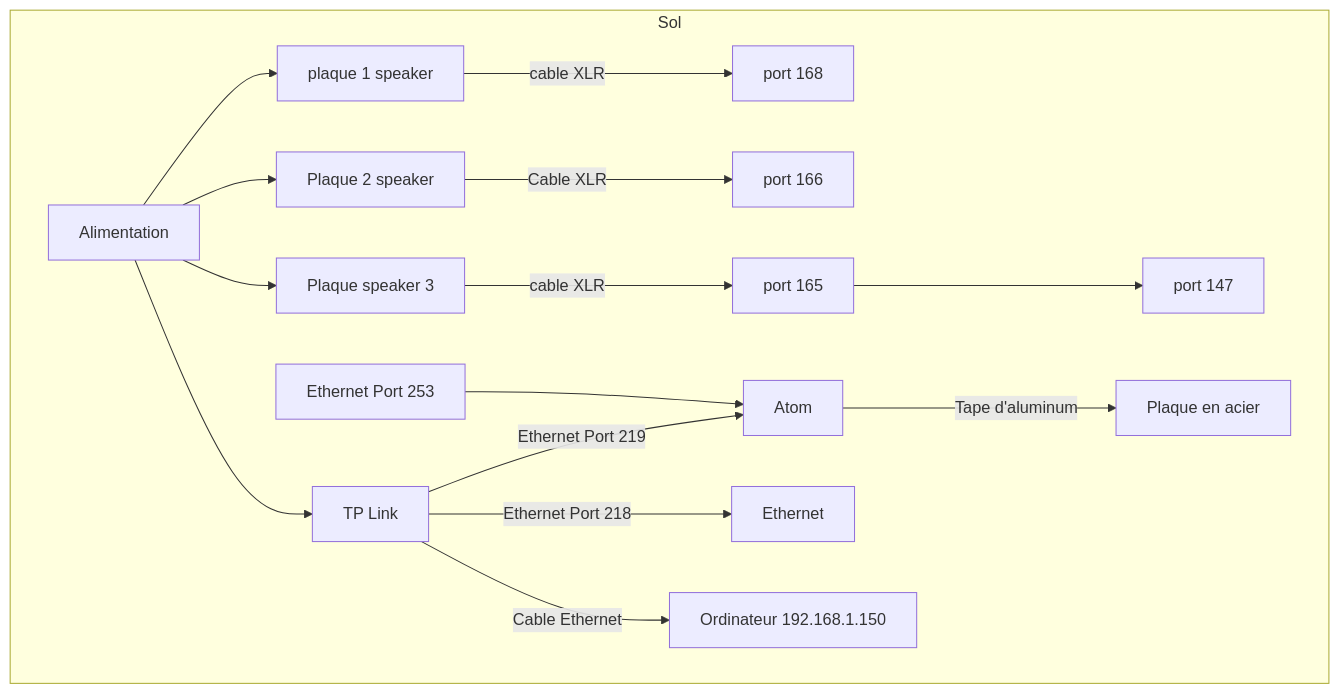
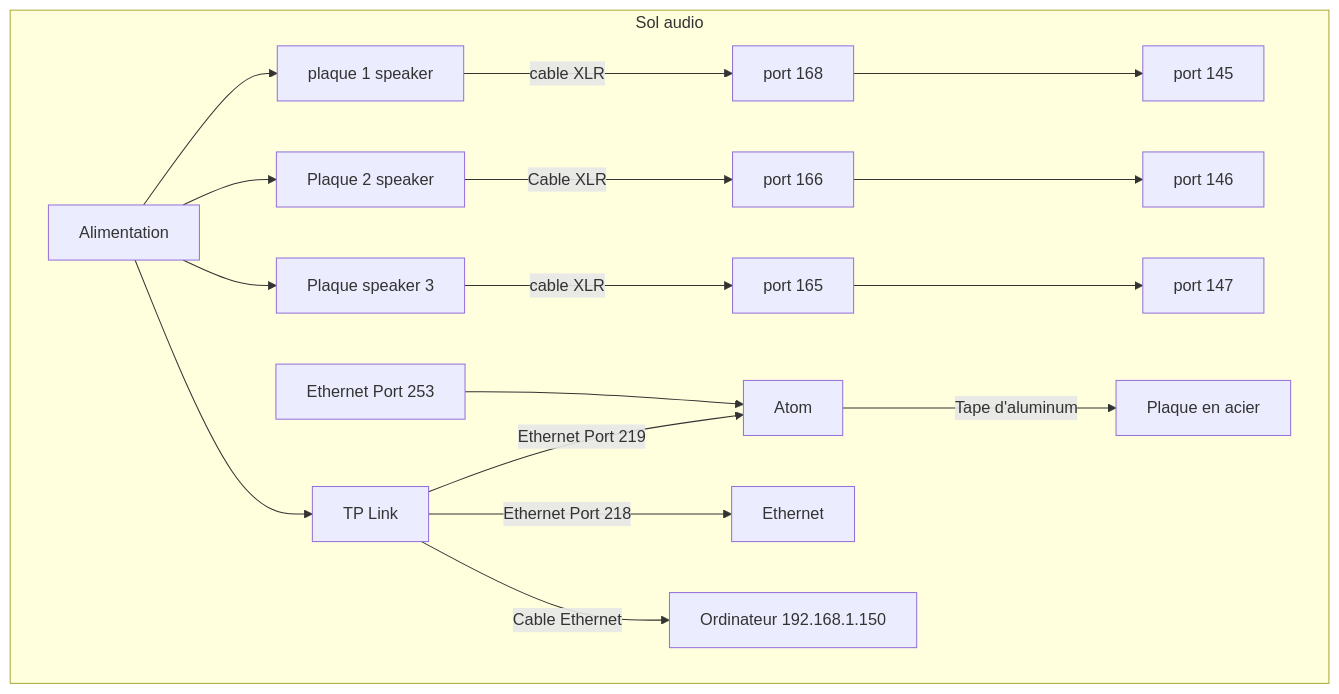
The fourth of 4 diagrams in 40_maquette/README.md (Miaou-Mafia/projet-luminatura), drawn with Mermaid before and after one commit.

````diff
--- a/40_maquette/README.md
+++ b/40_maquette/README.md
@@ -196,17 +196,17 @@
 ```mermaid
 flowchart TD
-    subgraph Sol
+    subgraph Sol audio
         N[Alimentation] --> O
-        O[ plaque 1 speaker] -->| cable XLR | P[port 168]
+        O[ plaque 1 speaker] -->| cable XLR | P[port 168] --> H[ port 145]
         N --> R[Plaque 2 speaker]
-        R -->| Cable XLR | S[port 166] 
+        R -->| Cable XLR | S[port 166] --> I[ port 146]
         N --> T
         T[Plaque speaker 3] -->| cable XLR | U[ port 165] --> G[ port 147]
         N --> V
         V[TP Link] --> | Ethernet Port 219 | Atom
         Atom --> | Tape d'aluminum | X[Plaque en acier]
         Y[ Ethernet Port 253] --> Atom
         V --> | Ethernet Port 218 | Ethernet
         V --> | Cable Ethernet | W[Ordinateur 192.168.1.150]
     end
 ```
````
